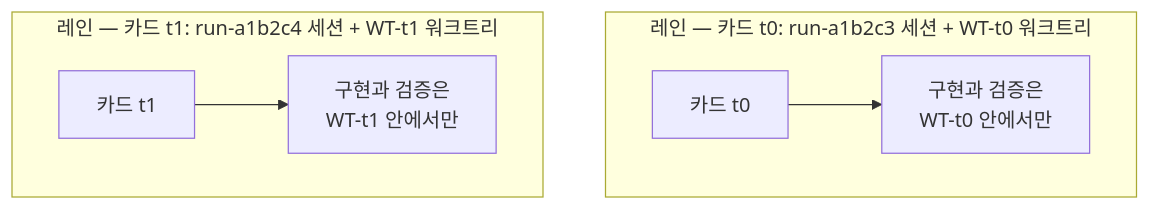
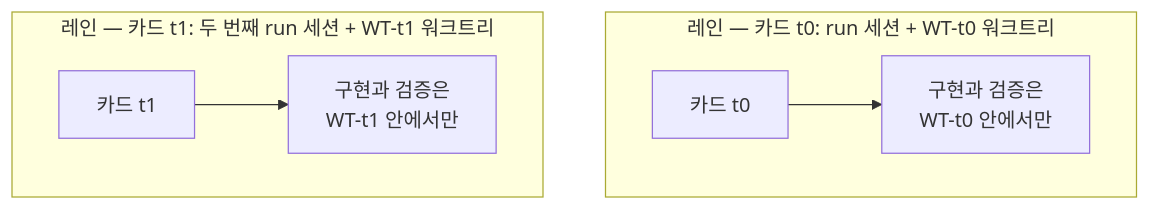
Before and after one commit to modu-ai/moai-adk: the second of 2 diagrams in docs-site/content/ko/core-concepts/kanban-board-terms.md, drawn with Mermaid. The commit also changed other lines of this file and 16 other files, not shown here.

````diff
--- a/docs-site/content/ko/core-concepts/kanban-board-terms.md
+++ b/docs-site/content/ko/core-concepts/kanban-board-terms.md
@@ -48,9 +47,9 @@
 ```mermaid
 flowchart TD
-    subgraph LaneA["레인 — 카드 t0: run-a1b2c3 세션 + WT-t0 워크트리"]
+    subgraph LaneA["레인 — 카드 t0: run 세션 + WT-t0 워크트리"]
         A0["카드 t0"] --> A1["구현과 검증은<br/>WT-t0 안에서만"]
     end
-    subgraph LaneB["레인 — 카드 t1: run-a1b2c4 세션 + WT-t1 워크트리"]
+    subgraph LaneB["레인 — 카드 t1: 두 번째 run 세션 + WT-t1 워크트리"]
         B0["카드 t1"] --> B1["구현과 검증은<br/>WT-t1 안에서만"]
     end
 ```
````
